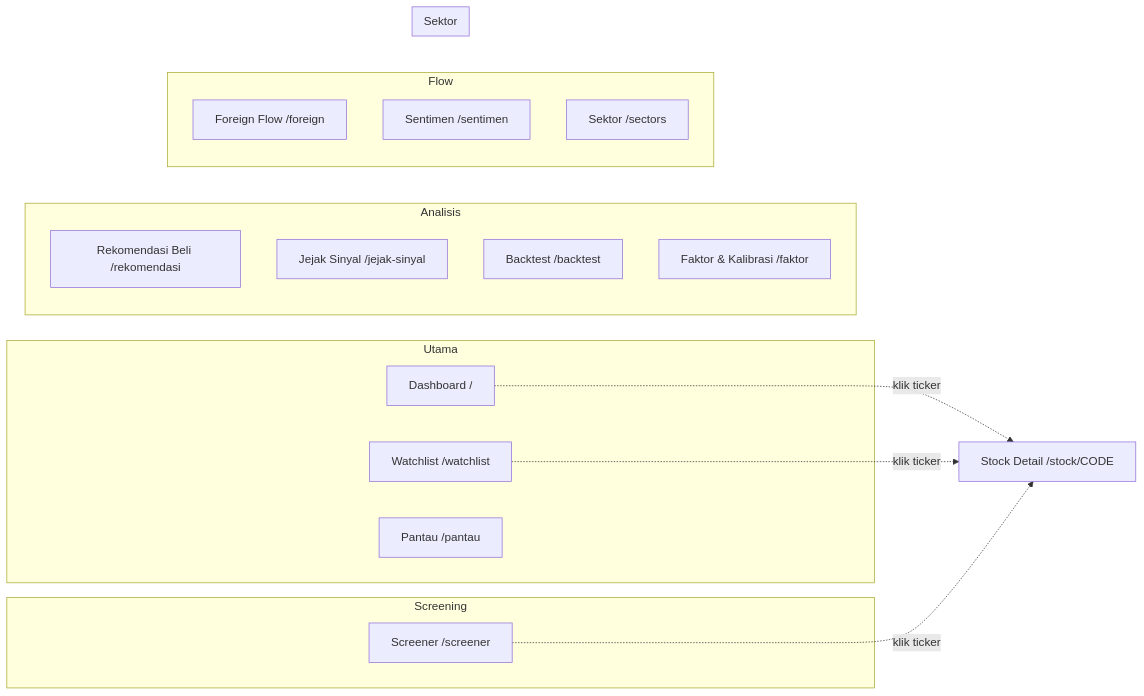
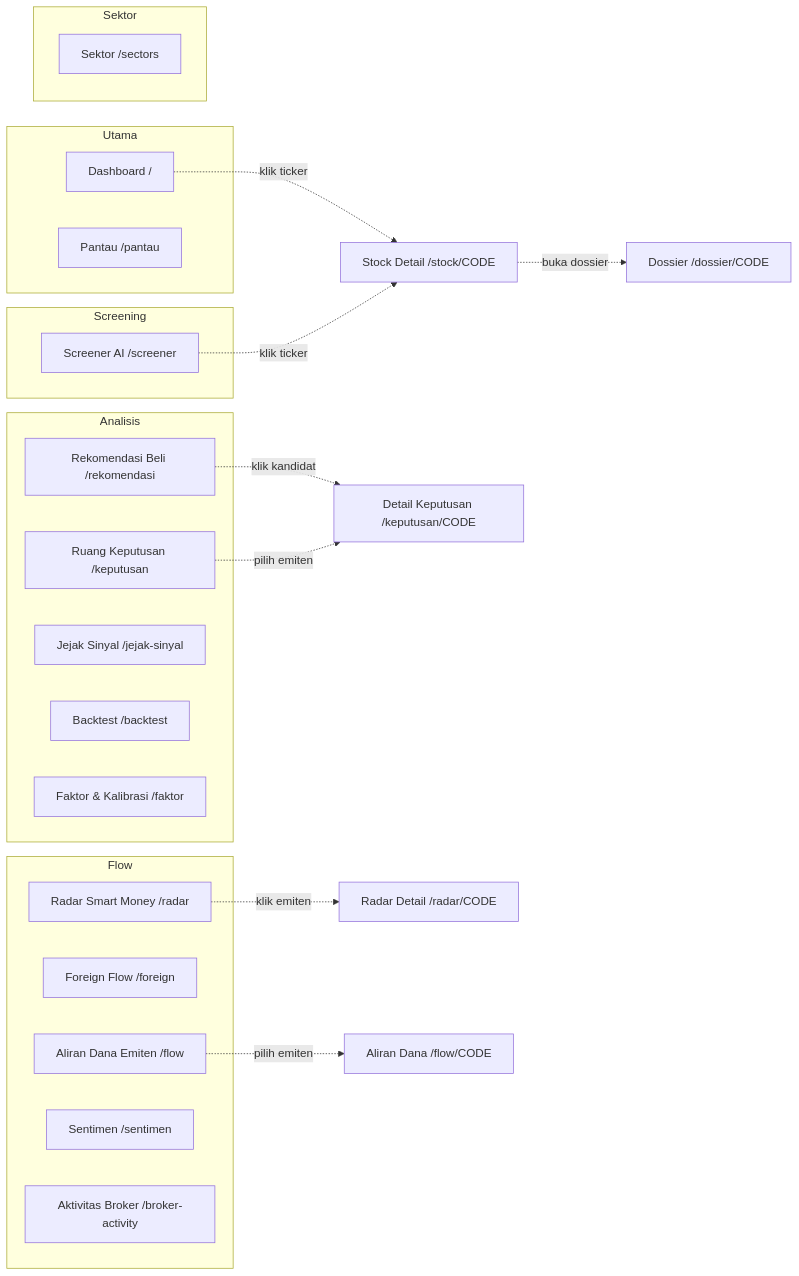
Before and after one commit to faizalajiw/idx-web: the first of 2 diagrams in README.md, drawn with Mermaid. The commit also changed other lines of this file and 16 other files, not shown here.

````diff
--- a/README.md
+++ b/README.md
@@ -70,28 +70,34 @@
 ```mermaid
 graph LR
   subgraph Utama
     A[Dashboard /]
-    B[Watchlist /watchlist]
-    C[Pantau /pantau]
+    B[Pantau /pantau]
   end
   subgraph Screening
-    D[Screener /screener]
+    D[Screener AI /screener]
   end
   subgraph Analisis
     E[Rekomendasi Beli /rekomendasi]
+    F[Ruang Keputusan /keputusan]
     G[Jejak Sinyal /jejak-sinyal]
     H[Backtest /backtest]
     J[Faktor & Kalibrasi /faktor]
   end
   subgraph Flow
-    K[Foreign Flow /foreign]
-    L[Sentimen /sentimen]
+    K[Radar Smart Money /radar]
+    L[Foreign Flow /foreign]
+    N[Aliran Dana Emiten /flow]
+    O[Sentimen /sentimen]
     M[Aktivitas Broker /broker-activity]
   end
   subgraph Sektor
-    M[Sektor /sectors]
+    S[Sektor /sectors]
   end
   A -.klik ticker.-> P[Stock Detail /stock/CODE]
-  B -.klik ticker.-> P
   D -.klik ticker.-> P
+  E -.klik kandidat.-> Q[Detail Keputusan /keputusan/CODE]
+  F -.pilih emiten.-> Q
+  K -.klik emiten.-> R[Radar Detail /radar/CODE]
+  N -.pilih emiten.-> T[Aliran Dana /flow/CODE]
+  P -.buka dossier.-> W[Dossier /dossier/CODE]
 ```
````
